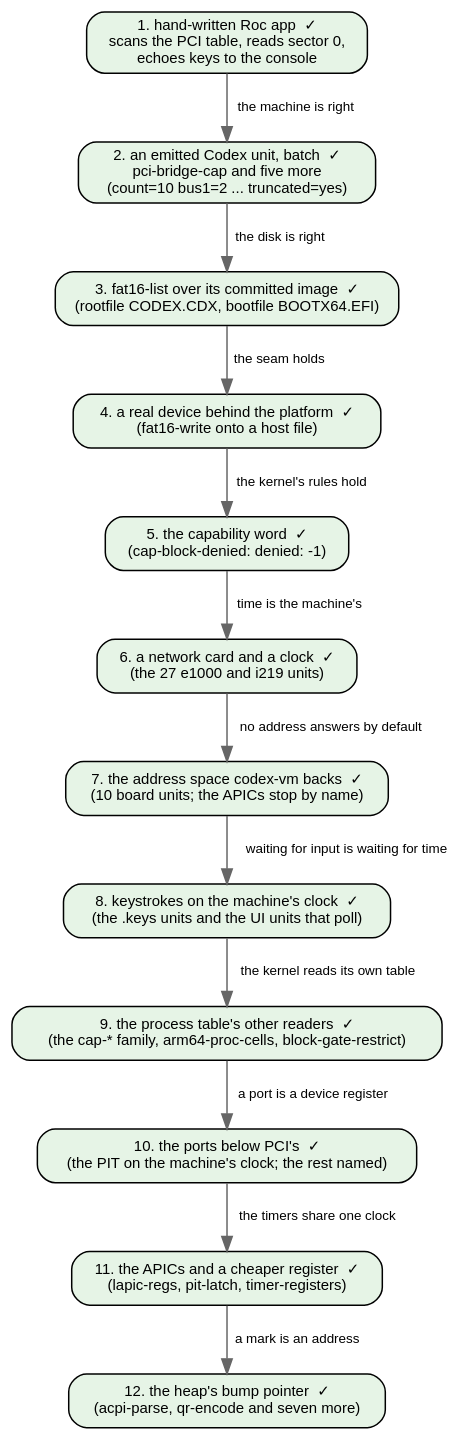
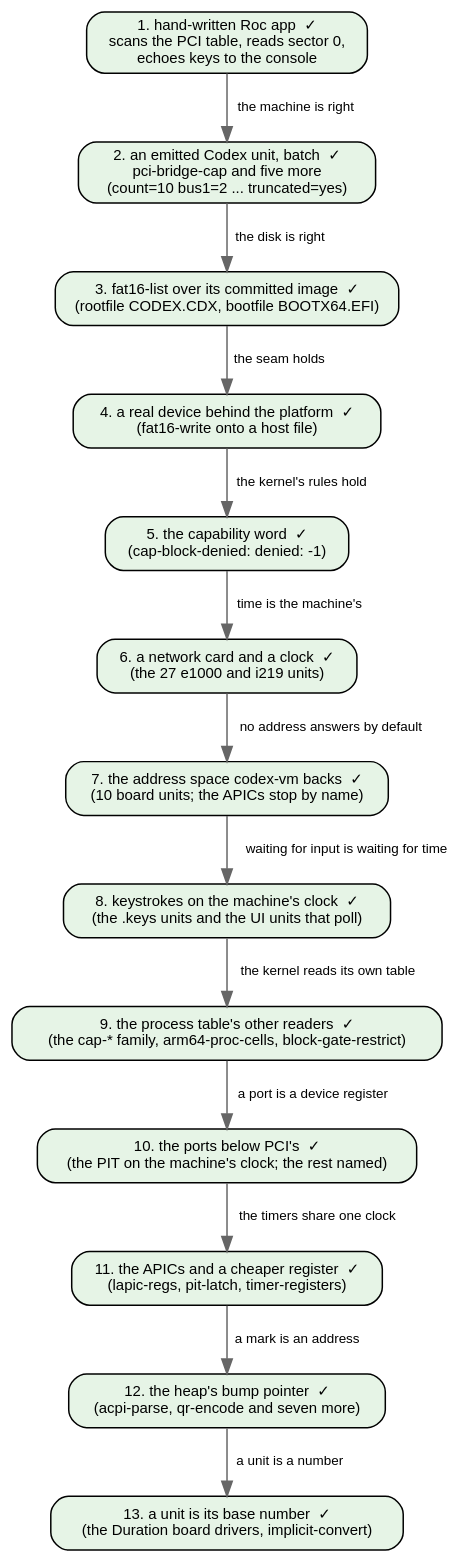
One commit to showell/essay-repl-server changed diagram 11 of 11 in notes/roc-machine-emulator.md. Above: the diagram before and after it, drawn with Graphviz. The commit also changed other lines of this file, not shown here.

First line of the commit message:
roc-machine-emulator: step 13, a unit is its base number

````diff
--- a/notes/roc-machine-emulator.md
+++ b/notes/roc-machine-emulator.md
@@ -852,31 +880,33 @@
 ```dot
 digraph demo {
   rankdir=TB; bgcolor="transparent";
   node [shape=box style="rounded,filled" fontname="Helvetica" fontsize=10 fillcolor="#ffffff"];
   edge [fontname="Helvetica" fontsize=9 color="#666666"];
 
   a [label="1. hand-written Roc app  ✓\nscans the PCI table, reads sector 0,\nechoes keys to the console" fillcolor="#e6f4e6"];
   b [label="2. an emitted Codex unit, batch  ✓\npci-bridge-cap and five more\n(count=10 bus1=2 ... truncated=yes)" fillcolor="#e6f4e6"];
   c [label="3. fat16-list over its committed image  ✓\n(rootfile CODEX.CDX, bootfile BOOTX64.EFI)" fillcolor="#e6f4e6"];
   d [label="4. a real device behind the platform  ✓\n(fat16-write onto a host file)" fillcolor="#e6f4e6"];
   e [label="5. the capability word  ✓\n(cap-block-denied: denied: -1)" fillcolor="#e6f4e6"];
   f [label="6. a network card and a clock  ✓\n(the 27 e1000 and i219 units)" fillcolor="#e6f4e6"];
   g [label="7. the address space codex-vm backs  ✓\n(10 board units; the APICs stop by name)" fillcolor="#e6f4e6"];
   h [label="8. keystrokes on the machine's clock  ✓\n(the .keys units and the UI units that poll)" fillcolor="#e6f4e6"];
   i [label="9. the process table's other readers  ✓\n(the cap-* family, arm64-proc-cells, block-gate-restrict)" fillcolor="#e6f4e6"];
   j [label="10. the ports below PCI's  ✓\n(the PIT on the machine's clock; the rest named)" fillcolor="#e6f4e6"];
   k [label="11. the APICs and a cheaper register  ✓\n(lapic-regs, pit-latch, timer-registers)" fillcolor="#e6f4e6"];
   l [label="12. the heap's bump pointer  ✓\n(acpi-parse, qr-encode and seven more)" fillcolor="#e6f4e6"];
+  m [label="13. a unit is its base number  ✓\n(the Duration board drivers, implicit-convert)" fillcolor="#e6f4e6"];
   a -> b [label="the machine is right"];
   b -> c [label="the disk is right"];
   c -> d [label="the seam holds"];
   d -> e [label="the kernel's rules hold"];
   e -> f [label="time is the machine's"];
   f -> g [label="no address answers by default"];
   g -> h [label="waiting for input is waiting for time"];
   h -> i [label="the kernel reads its own table"];
   i -> j [label="a port is a device register"];
   j -> k [label="the timers share one clock"];
   k -> l [label="a mark is an address"];
+  l -> m [label="a unit is a number"];
 }
 ```
````
